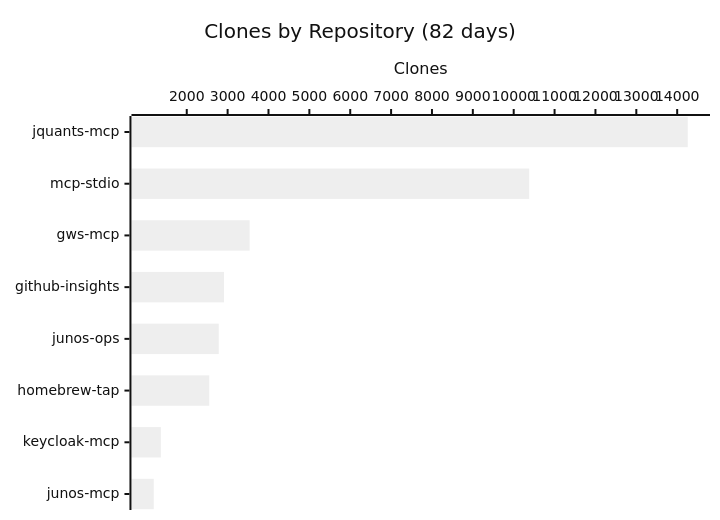
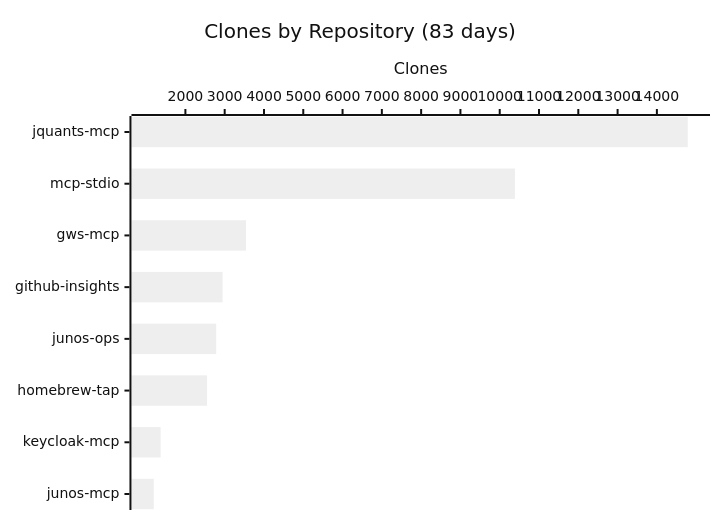
The third of 3 diagrams in README.md (shigechika/github-insights), drawn with Mermaid (neutral theme) before and after one commit. The commit also changed other lines of this file and 2 other files, not shown here.

````diff
--- a/README.md
+++ b/README.md
@@ -43,7 +43,7 @@
 ```mermaid
 xychart-beta horizontal
-    title "Clones by Repository (82 days)"
+    title "Clones by Repository (83 days)"
     x-axis ["jquants-mcp", "mcp-stdio", "gws-mcp", "github-insights", "junos-ops", "homebrew-tap", "keycloak-mcp", "junos-mcp"]
     y-axis "Clones"
-    bar [14258, 10379, 3539, 2912, 2783, 2551, 1367, 1192]
+    bar [14785, 10387, 3542, 2946, 2784, 2552, 1370, 1194]
 ```
````
